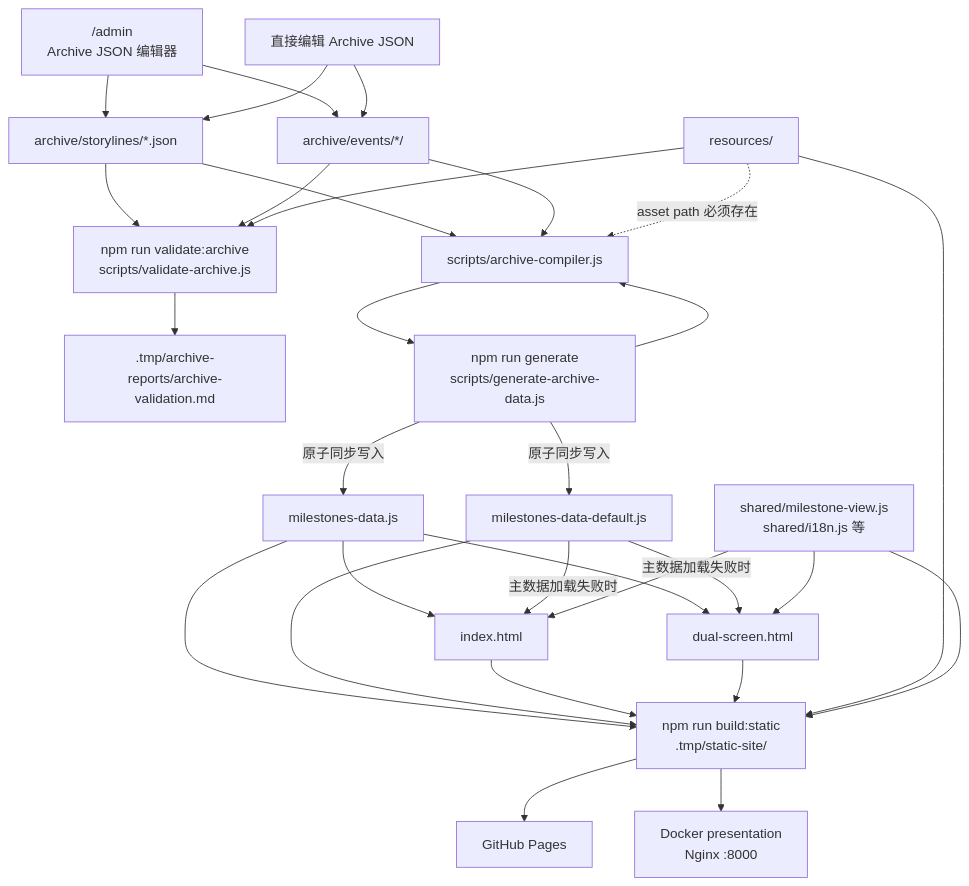
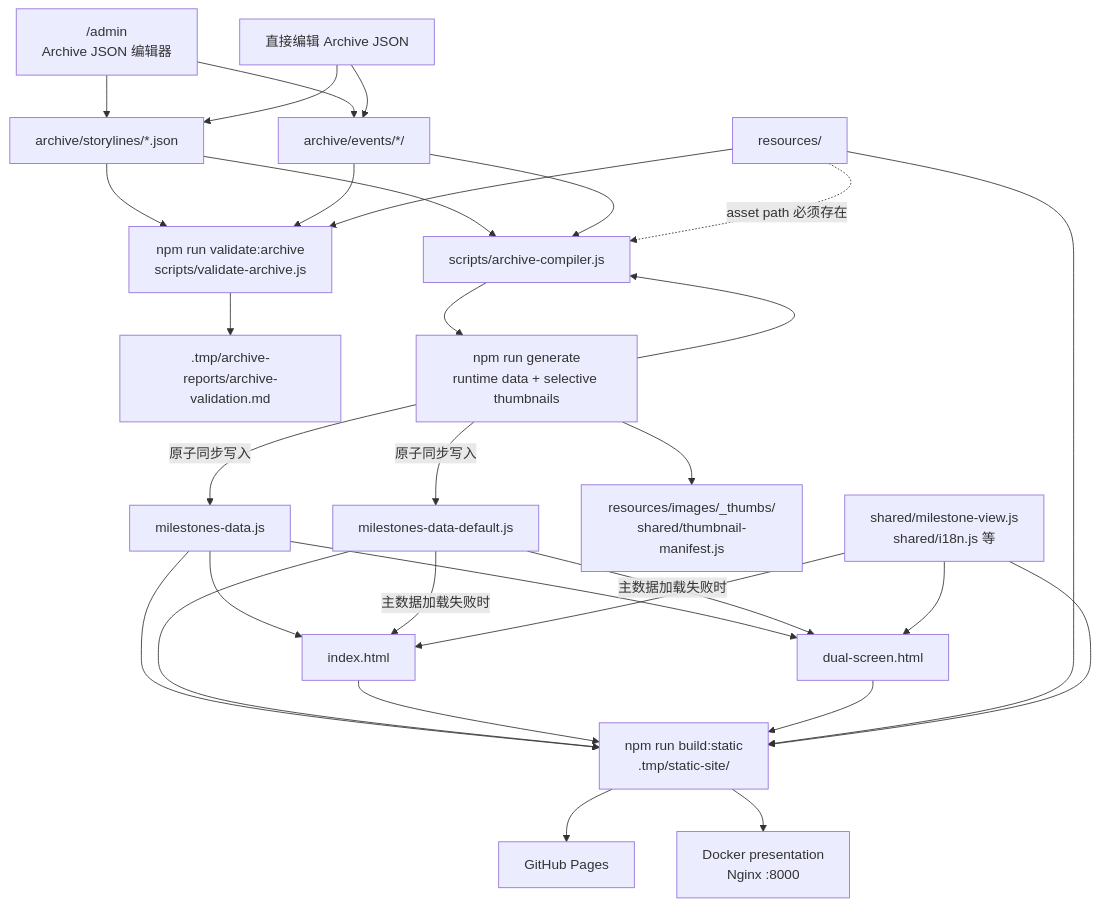
The second of 5 diagrams in docs/archive-data-flow.md (bjzgcai/AI-History-Show), drawn with Mermaid before and after one commit. The commit also changed other lines of this file and 5 other files, not shown here.

Commit message:
Document selective thumbnail workflow

````diff
--- a/docs/archive-data-flow.md
+++ b/docs/archive-data-flow.md
@@ -48,50 +48,52 @@
 ```mermaid
 flowchart TD
     EDITOR["/admin<br/>Archive JSON 编辑器"]
     DIRECT["直接编辑 Archive JSON"]
     STORYLINES["archive/storylines/*.json"]
     EVENTS["archive/events/*/"]
     RESOURCES["resources/"]
     VALIDATE["npm run validate:archive<br/>scripts/validate-archive.js"]
     VALIDATION_REPORT[".tmp/archive-reports/archive-validation.md"]
-    GENERATE["npm run generate<br/>scripts/generate-archive-data.js"]
+    GENERATE["npm run generate<br/>runtime data + selective thumbnails"]
     COMPILER["scripts/archive-compiler.js"]
     PRIMARY["milestones-data.js"]
     FALLBACK["milestones-data-default.js"]
+    THUMBNAILS["resources/images/_thumbs/<br/>shared/thumbnail-manifest.js"]
     SINGLE["index.html"]
     DUAL["dual-screen.html"]
     SHARED["shared/milestone-view.js<br/>shared/i18n.js 等"]
     STATIC["npm run build:static<br/>.tmp/static-site/"]
     PAGES["GitHub Pages"]
     DOCKER["Docker presentation<br/>Nginx :8000"]
 
     EDITOR --> STORYLINES
     EDITOR --> EVENTS
     DIRECT --> STORYLINES
     DIRECT --> EVENTS
     STORYLINES --> VALIDATE
     EVENTS --> VALIDATE
     RESOURCES --> VALIDATE
     VALIDATE --> VALIDATION_REPORT
     STORYLINES --> COMPILER
     EVENTS --> COMPILER
     RESOURCES -.->|asset path 必须存在| COMPILER
     GENERATE --> COMPILER
     COMPILER --> GENERATE
     GENERATE -->|原子同步写入| PRIMARY
     GENERATE -->|原子同步写入| FALLBACK
+    GENERATE --> THUMBNAILS
     PRIMARY --> SINGLE
     PRIMARY --> DUAL
     FALLBACK -->|主数据加载失败时| SINGLE
     FALLBACK -->|主数据加载失败时| DUAL
     SHARED --> SINGLE
     SHARED --> DUAL
     PRIMARY --> STATIC
     FALLBACK --> STATIC
     SINGLE --> STATIC
     DUAL --> STATIC
     RESOURCES --> STATIC
     SHARED --> STATIC
     STATIC --> PAGES
     STATIC --> DOCKER
 ```
````
